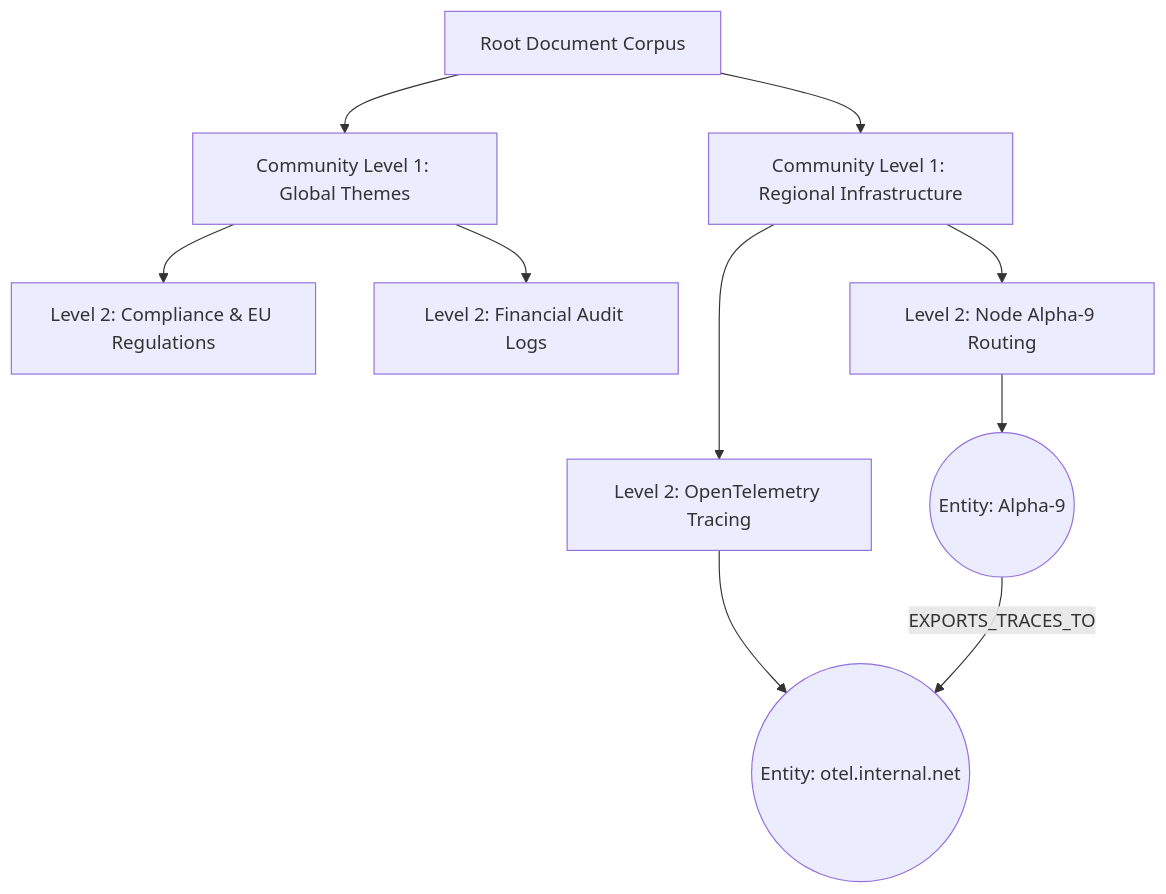
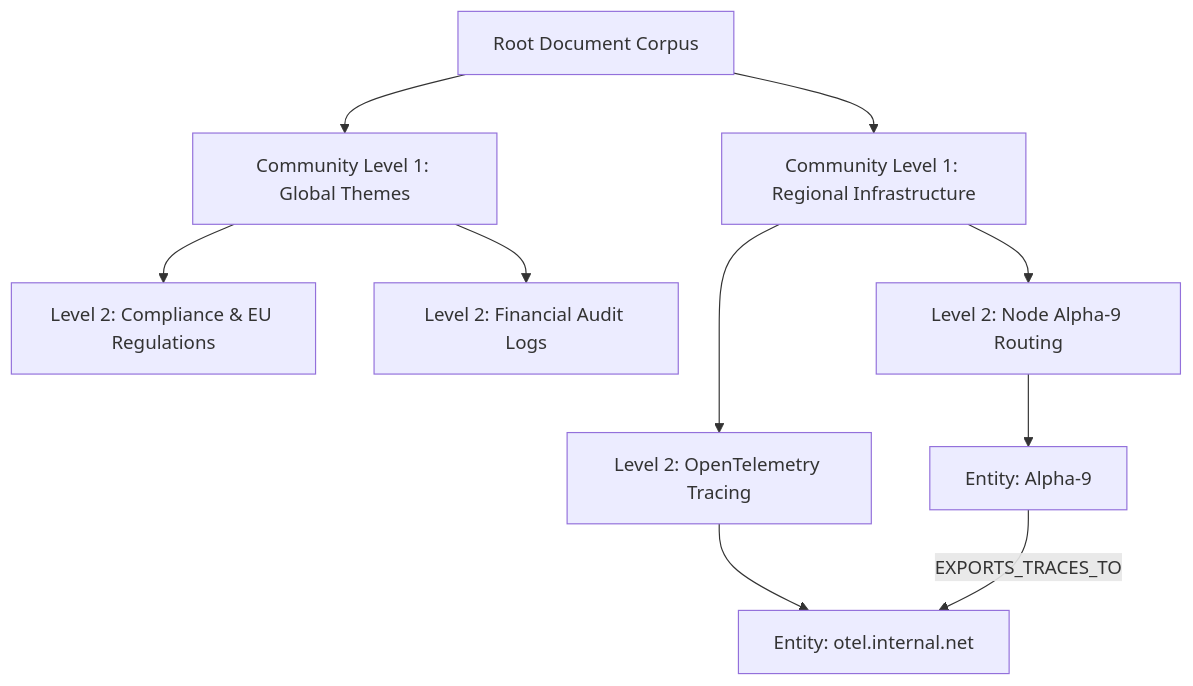
One commit to vesviet/vesviet changed the second of 2 diagrams in content/series/ai-data-engineering-pipeline/part-1-agentic-graphrag-long-context.md. Above: the diagram before and after it, drawn with Mermaid. The commit also changed other lines of this file and 280 other files, not shown here.

````diff
--- a/content/series/ai-data-engineering-pipeline/part-1-agentic-graphrag-long-context.md
+++ b/content/series/ai-data-engineering-pipeline/part-1-agentic-graphrag-long-context.md
@@ -209,15 +219,15 @@
 ```mermaid
 graph TD
-    Root[Root Document Corpus] --> C1[Community Level 1: Global Themes]
-    Root --> C2[Community Level 1: Regional Infrastructure]
+    Root[Root Document Corpus] --> C1["Community Level 1: Global Themes"]
+    Root --> C2["Community Level 1: Regional Infrastructure"]
     
-    C1 --> SubC1[Level 2: Compliance & EU Regulations]
-    C1 --> SubC2[Level 2: Financial Audit Logs]
+    C1 --> SubC1["Level 2: Compliance & EU Regulations"]
+    C1 --> SubC2["Level 2: Financial Audit Logs"]
     
-    C2 --> SubC3[Level 2: Node Alpha-9 Routing]
-    C2 --> SubC4[Level 2: OpenTelemetry Tracing]
+    C2 --> SubC3["Level 2: Node Alpha-9 Routing"]
+    C2 --> SubC4["Level 2: OpenTelemetry Tracing"]
 
-    SubC3 --> Entity1((Entity: Alpha-9))
-    SubC4 --> Entity2((Entity: otel.internal.net))
-    Entity1 -- "EXPORTS_TRACES_TO" --> Entity2
+    SubC3 --> Entity1["Entity: Alpha-9"]
+    SubC4 --> Entity2["Entity: otel.internal.net"]
+    Entity1 -->|"EXPORTS_TRACES_TO"| Entity2
 ```
````
